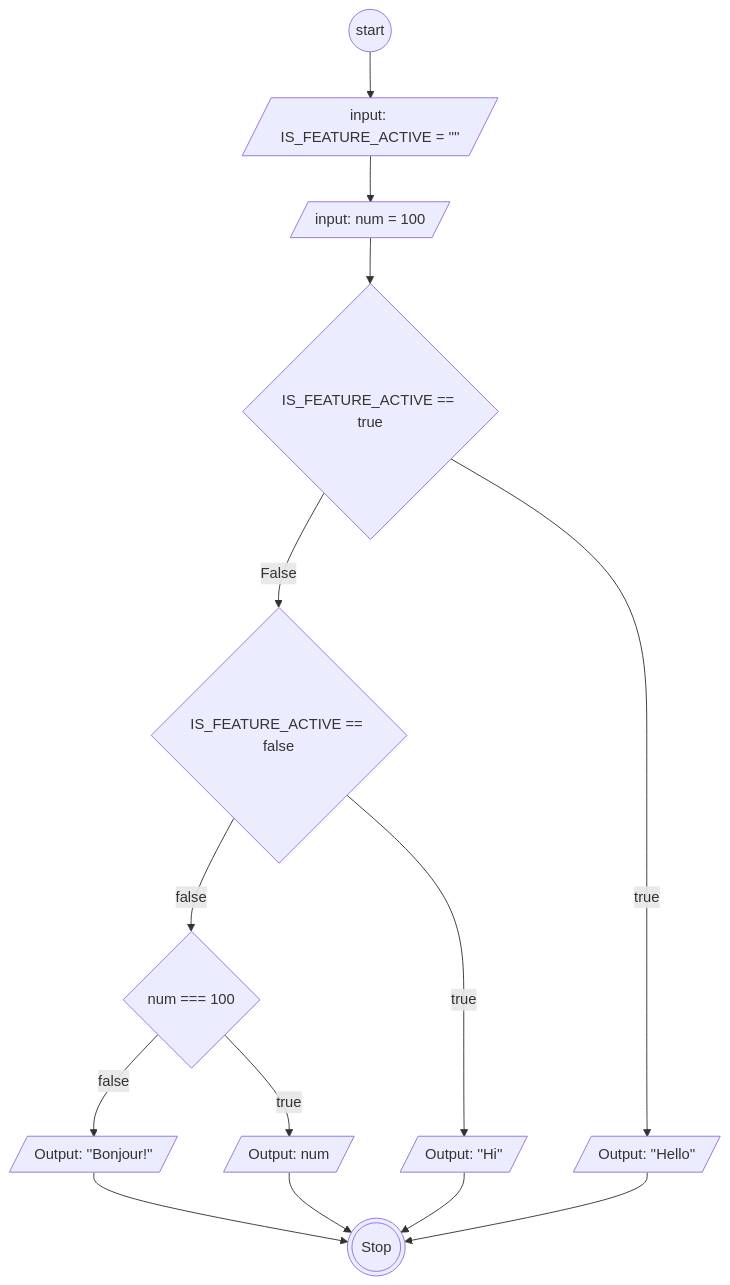
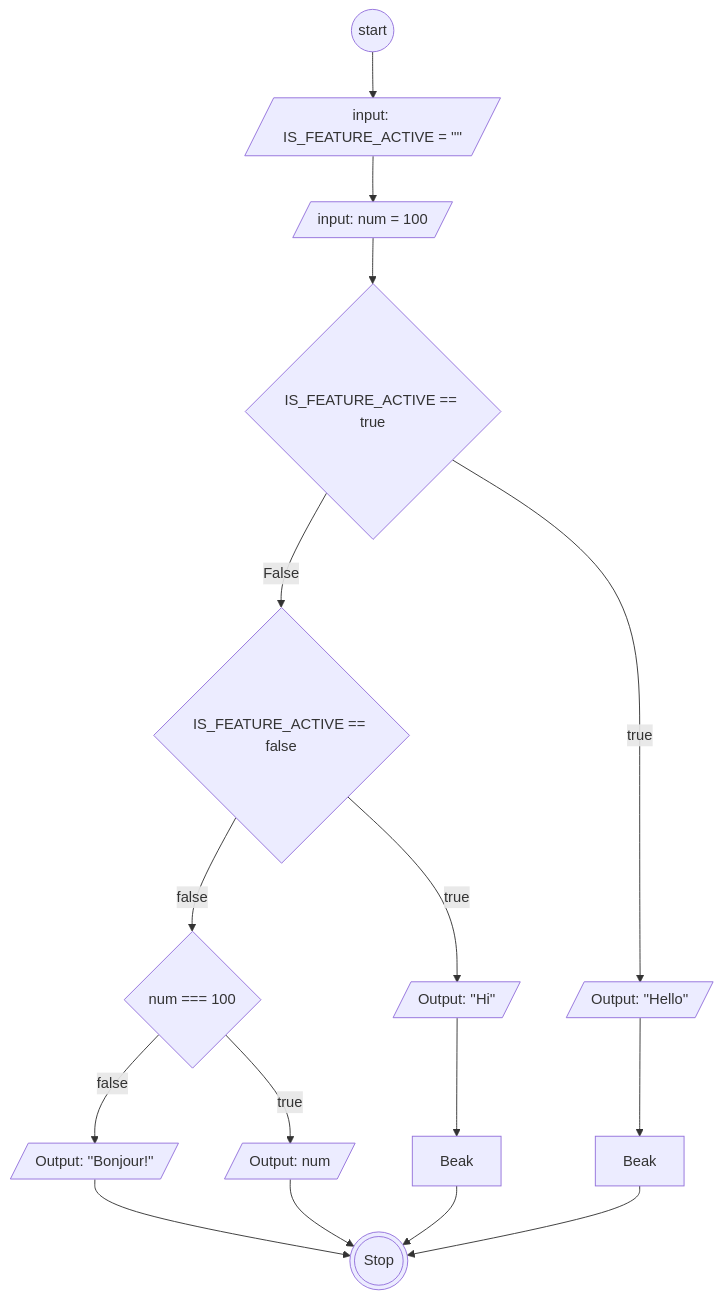
Before and after one commit to AbiPasundan/koda-b6-javascript1: the diagram in flowchart-switch.md, drawn with Mermaid.

````diff
--- a/flowchart-switch.md
+++ b/flowchart-switch.md
@@ -3,25 +3,29 @@
 ```mermaid
     flowchart TB
         Start@{ shape: circ, label: "start"}
         IS_FEATURE_ACTIVE@{ shape: lean-r, label: "input: IS_FEATURE_ACTIVE = ''''"}
         num@{ shape: lean-r, label: "input: num = 100"}
 
         CaseTrue@{ shape: diamond, label: "IS_FEATURE_ACTIVE == true"}
         OutputTrue@{ shape: lean-r, label: "Output: ''Hello''"}
 
         CaseFalse@{ shape: diamond, label: "IS_FEATURE_ACTIVE == false"}
         OutputFalse@{ shape: lean-r, label: "Output: ''Hi''"}
 
         Default@{ shape: diamond, label: "num === 100"}
         DefaultTrue@{ shape: lean-r, label: "Output: num"}
         DefaultFalse@{ shape: lean-r, label: "Output: ''Bonjour!''"}
 
+
+        Break1@{ shape: rect, label: "Beak"}
+        Break2@{ shape: rect, label: "Beak"}
+
         Stop@{ shape: dbl-circ, label: "Stop"}
 
     Start-->IS_FEATURE_ACTIVE-->num-->CaseTrue-->|False|CaseFalse-->|false|Default-->|false|DefaultFalse-->Stop
 
-    CaseTrue-->|true|OutputTrue-->Stop
-    CaseFalse-->|true|OutputFalse-->Stop
+    CaseTrue-->|true|OutputTrue-->Break1-->Stop
+    CaseFalse-->|true|OutputFalse-->Break2-->Stop
 
     Default-->|true|DefaultTrue-->Stop
 ```
````
